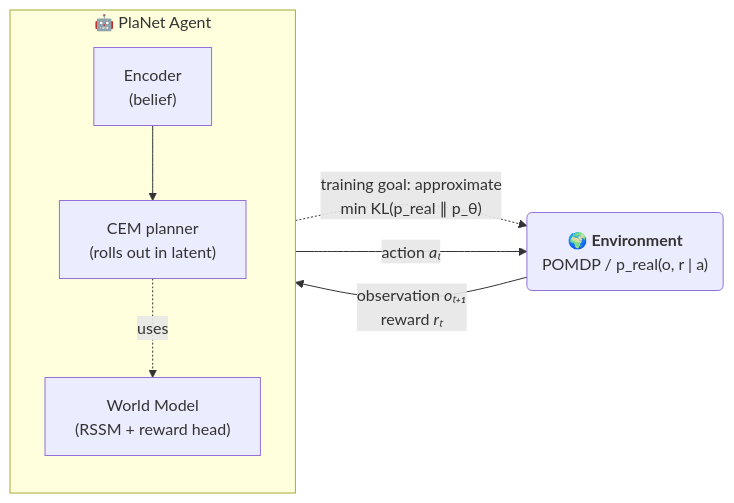
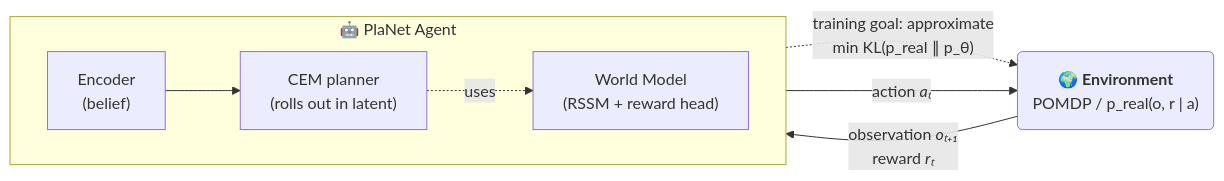
One commit to jinxinzhou/world-model-study changed the seventh of 7 diagrams in World-Model-Study-Notes.md. Above: the diagram before and after it, drawn with Mermaid. The commit also changed other lines of this file and 1 other file, not shown here.

Commit message:
fix: use single-line chain declaration for PlaNet Agent diagrams
Mermaid is more likely to lay nodes out linearly when they're declared
as a single chain like 'A --> B --> C' rather than as separate node
declarations with separate edges. This should keep Enc -> CEM -> WM on
a single horizontal line (instead of Mermaid pushing Encoder down to
the bottom row).

Also: Step 3 diagram was still 'direction TB' — switched it to
'direction LR' to match §🧭 §1 and the user's intended horizontal
layout. Sync ZH + EN. Not pushing yet.

````diff
--- a/World-Model-Study-Notes.md
+++ b/World-Model-Study-Notes.md
@@ -1780,15 +1776,11 @@
 ```mermaid
 flowchart LR
     subgraph A["🤖 PlaNet Agent"]
-        direction TB
-        Enc["Encoder<br/>(belief)"]
-        WM["World Model<br/>(RSSM + reward head)"]
-        CEM["CEM planner<br/>(rolls out in latent)"]
-        Enc --> CEM
-        CEM -.uses.-> WM
+        direction LR
+        Enc["Encoder<br/>(belief)"] --> CEM["CEM planner<br/>(rolls out in latent)"] -.uses.-> WM["World Model<br/>(RSSM + reward head)"]
     end
     Env("🌍 <b>Environment</b><br/>POMDP / p_real(o, r | a)")
     A -- "action <i>aₜ</i>" --> Env
     Env -- "observation <i>oₜ₊₁</i><br/>reward <i>rₜ</i>" --> A
     WM -. "training goal: approximate<br/>min KL(p_real ∥ p_θ)" .-> Env
 ```
````
